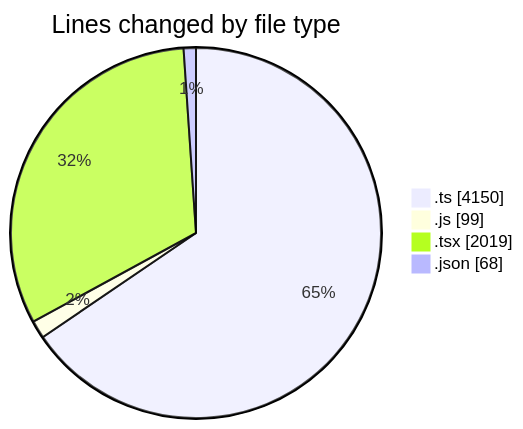
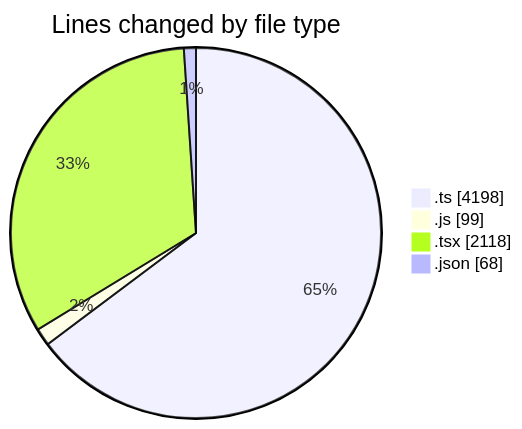
The first of 2 diagrams in 2026-09-14/cda/README.md (momahboobian/code-tracking), drawn with Mermaid before and after one commit. The commit also changed other lines of this file and 1 other file, not shown here.

````diff
--- a/2026-09-14/cda/README.md
+++ b/2026-09-14/cda/README.md
@@ -45,8 +46,8 @@
 ```mermaid
 pie showData
 title Lines changed by file type
-".ts" : 4150
+".ts" : 4198
 ".js" : 99
-".tsx" : 2019
+".tsx" : 2118
 ".json" : 68
 ```
````
